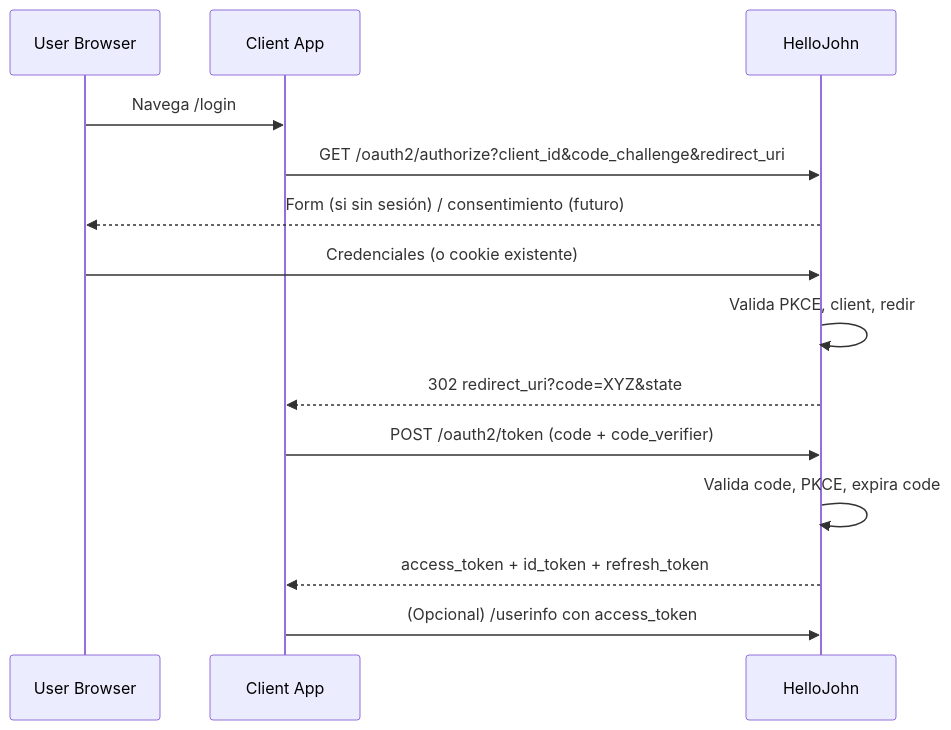
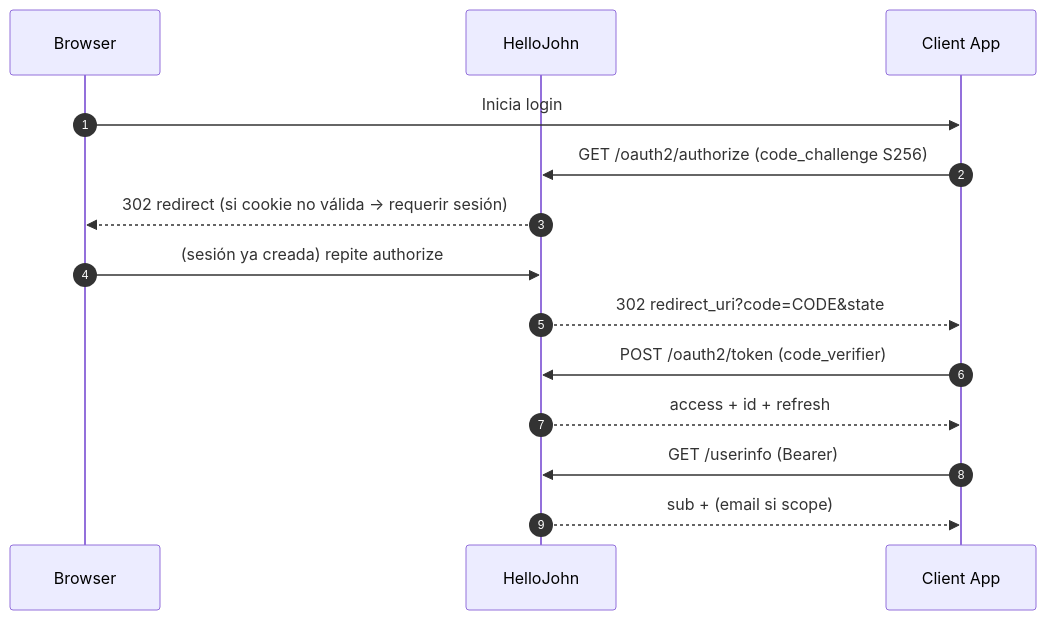
One commit to dropDatabas3/hellojohn changed the second of 6 diagrams in README.md. Above: the diagram before and after it, drawn with Mermaid. The commit also changed other lines of this file and 32 other files, not shown here.

Commit message:
Implement rate limiting for login and password recovery endpoints, add email masking utility, and enhance database migrations for foreign key constraints. Update end-to-end tests for new features and key rotation validation.

````diff
--- a/README.md
+++ b/README.md
@@ -104,16 +141,16 @@
 ```mermaid
 sequenceDiagram
-  participant U as User Browser
-  participant C as Client App
-  participant S as HelloJohn
-  U->>C: Navega /login
-  C->>S: GET /oauth2/authorize?client_id&code_challenge&redirect_uri
-  S-->>U: Form (si sin sesión) / consentimiento (futuro)
-  U->>S: Credenciales (o cookie existente)
-  S->>S: Valida PKCE, client, redir
-  S-->>C: 302 redirect_uri?code=XYZ&state
-  C->>S: POST /oauth2/token (code + code_verifier)
-  S->>S: Valida code, PKCE, expira code
-  S-->>C: access_token + id_token + refresh_token
-  C->>S: (Opcional) /userinfo con access_token
+autonumber
+participant B as Browser
+participant S as HelloJohn
+participant C as Client App
+B->>C: Inicia login
+C->>S: GET /oauth2/authorize (code_challenge S256)
+S-->>B: 302 redirect (si cookie no válida → requerir sesión)
+B->>S: (sesión ya creada) repite authorize
+S-->>C: 302 redirect_uri?code=CODE&state
+C->>S: POST /oauth2/token (code_verifier)
+S-->>C: access + id + refresh
+C->>S: GET /userinfo (Bearer)
+S-->>C: sub + (email si scope)
 ```
````
